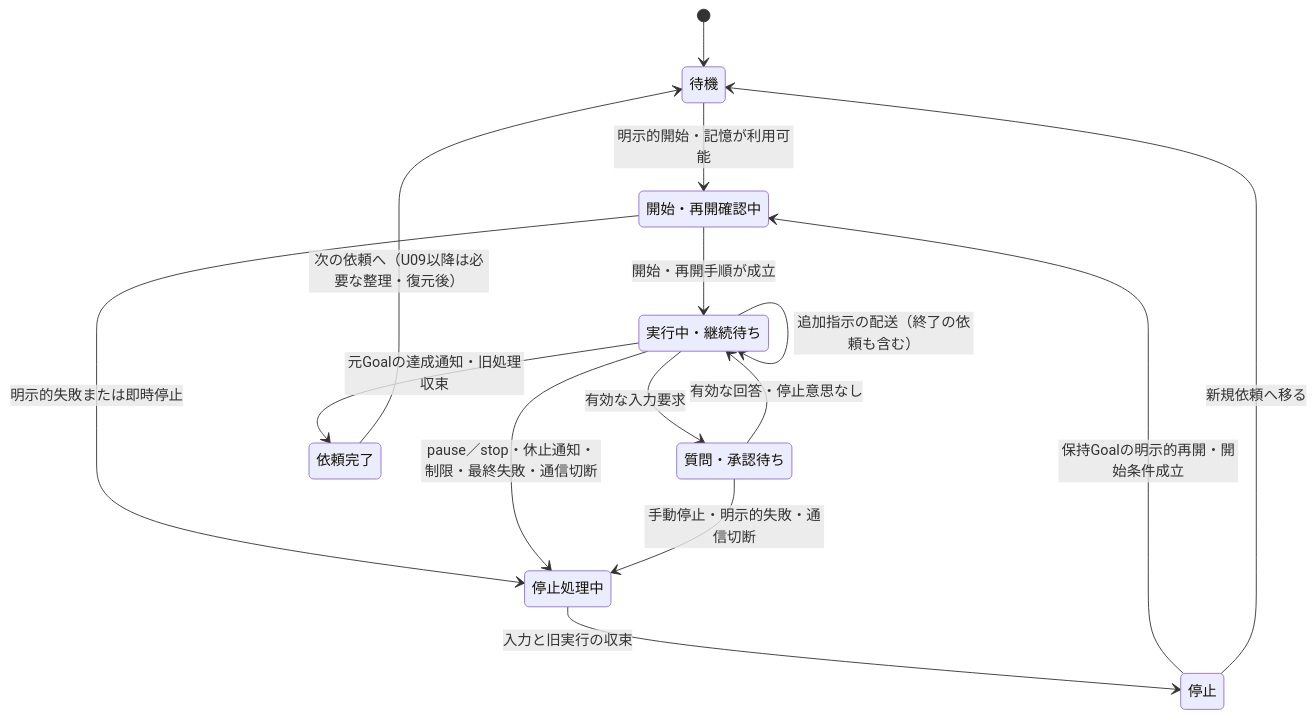
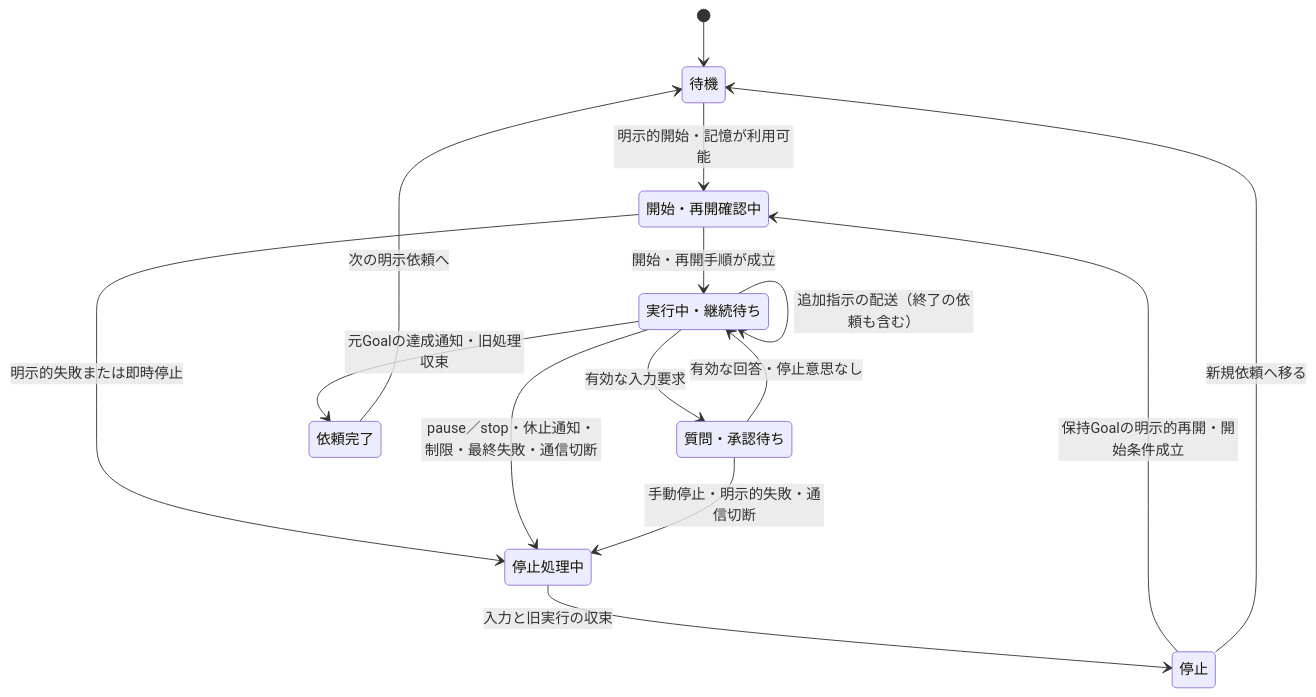
One commit to niart120/Project_Gigas changed the seventh of 8 diagrams in spec/initial/09-control-flows.md. Above: the diagram before and after it, drawn with Mermaid. The commit also changed other lines of this file and 18 other files, not shown here.

````diff
--- a/spec/initial/09-control-flows.md
+++ b/spec/initial/09-control-flows.md
@@ -359,24 +349,24 @@
 ```mermaid
 stateDiagram-v2
     state "待機" as Idle
     state "開始・再開確認中" as Starting
     state "実行中・継続待ち" as Playing
     state "質問・承認待ち" as Waiting
     state "停止処理中" as Stopping
     state "停止" as Stopped
     state "依頼完了" as Complete
     [*] --> Idle
     Idle --> Starting: 明示的開始・記憶が利用可能
     Starting --> Playing: 開始・再開手順が成立
     Starting --> Stopping: 明示的失敗または即時停止
     Playing --> Playing: 追加指示の配送（終了の依頼も含む）
     Playing --> Waiting: 有効な入力要求
     Waiting --> Playing: 有効な回答・停止意思なし
     Playing --> Stopping: pause／stop・休止通知・制限・最終失敗・通信切断
     Waiting --> Stopping: 手動停止・明示的失敗・通信切断
     Stopping --> Stopped: 入力と旧実行の収束
     Stopped --> Starting: 保持Goalの明示的再開・開始条件成立
     Stopped --> Idle: 新規依頼へ移る
     Playing --> Complete: 元Goalの達成通知・旧処理収束
-    Complete --> Idle: 次の依頼へ（U09以降は必要な整理・復元後）
+    Complete --> Idle: 次の明示依頼へ
 ```
````
